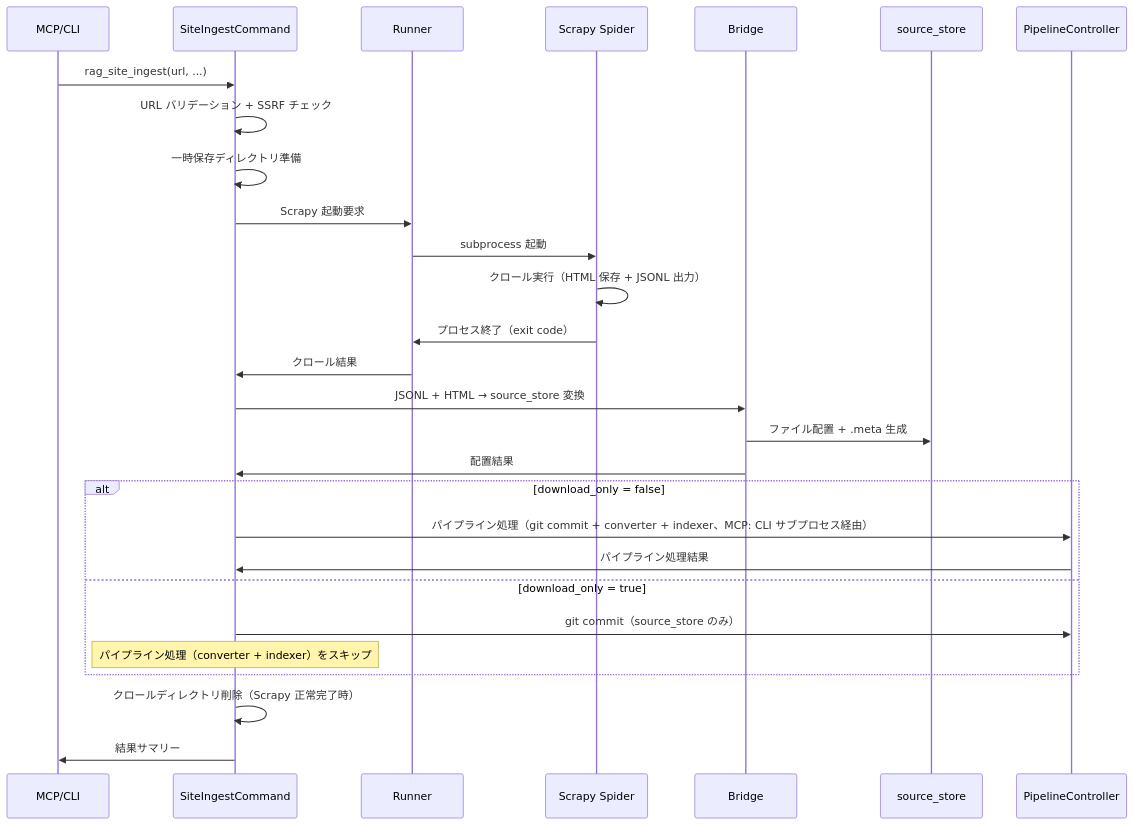
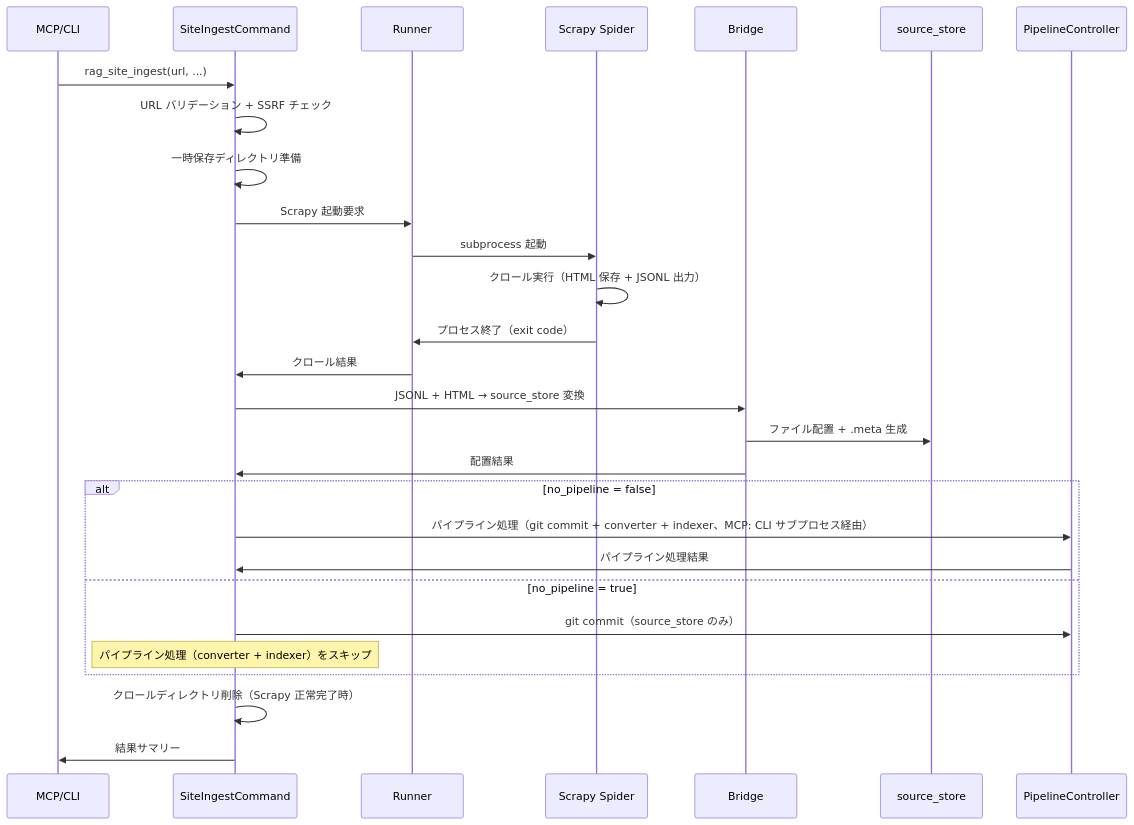
One commit to becky3/rag-knowledge changed the second of 2 diagrams in docs/specs/site-ingest.md. Above: the diagram before and after it, drawn with Mermaid. The commit also changed other lines of this file and 24 other files, not shown here.

````diff
--- a/docs/specs/site-ingest.md
+++ b/docs/specs/site-ingest.md
@@ -395,31 +395,31 @@
 ```mermaid
 sequenceDiagram
     participant USER as MCP/CLI
     participant CMD as SiteIngestCommand
     participant RUNNER as Runner
     participant SPIDER as Scrapy Spider
     participant BRIDGE as Bridge
     participant SS as source_store
     participant PC as PipelineController
 
     USER->>CMD: rag_site_ingest(url, ...)
     CMD->>CMD: URL バリデーション + SSRF チェック
     CMD->>CMD: 一時保存ディレクトリ準備
     CMD->>RUNNER: Scrapy 起動要求
     RUNNER->>SPIDER: subprocess 起動
     SPIDER->>SPIDER: クロール実行（HTML 保存 + JSONL 出力）
     SPIDER->>RUNNER: プロセス終了（exit code）
     RUNNER->>CMD: クロール結果
     CMD->>BRIDGE: JSONL + HTML → source_store 変換
     BRIDGE->>SS: ファイル配置 + .meta 生成
     BRIDGE->>CMD: 配置結果
-    alt download_only = false
+    alt no_pipeline = false
         CMD->>PC: パイプライン処理（git commit + converter + indexer、MCP: CLI サブプロセス経由）
         PC->>CMD: パイプライン処理結果
-    else download_only = true
+    else no_pipeline = true
         CMD->>PC: git commit（source_store のみ）
         Note over CMD: パイプライン処理（converter + indexer）をスキップ
     end
     CMD->>CMD: クロールディレクトリ削除（Scrapy 正常完了時）
     CMD->>USER: 結果サマリー
 ```
````
